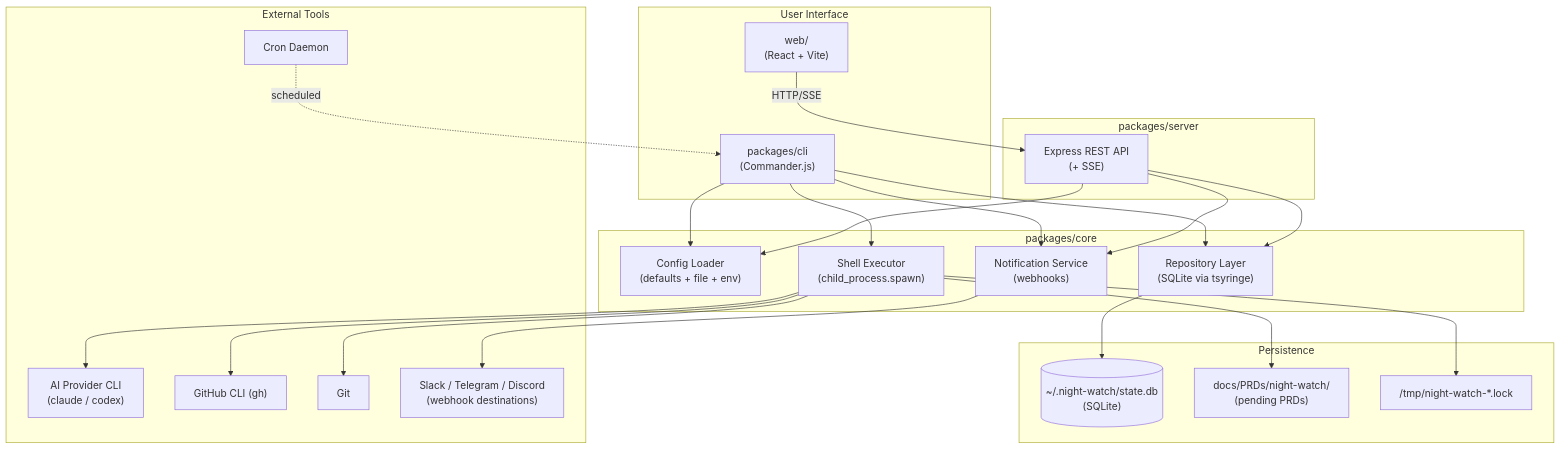
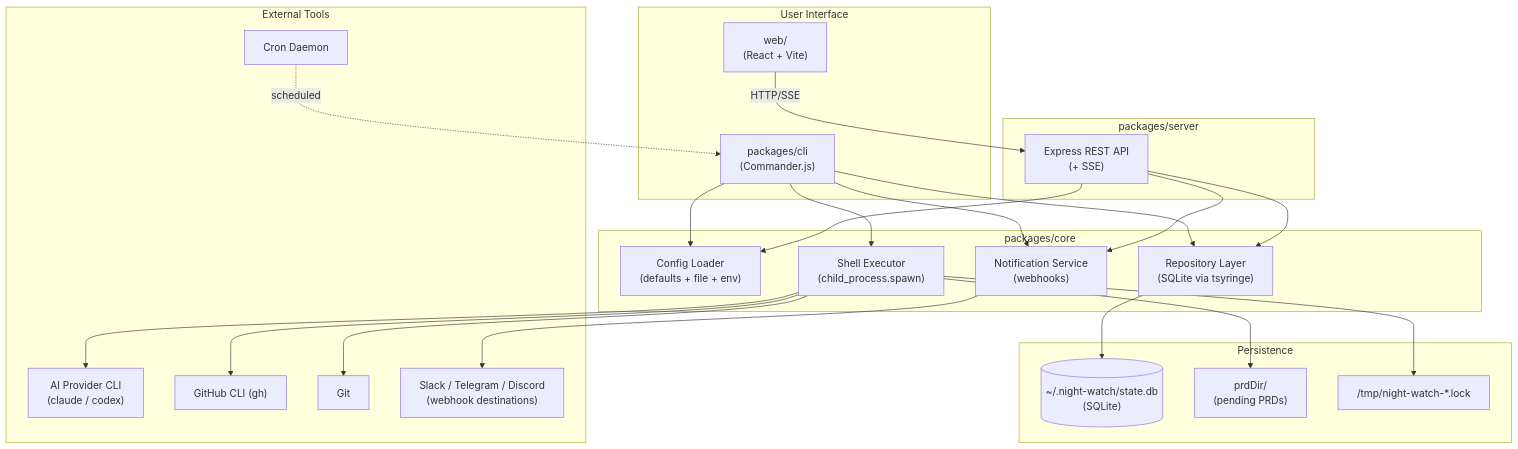
Before and after one commit to jonit-dev/night-watch-cli: the first of 9 diagrams in docs/architecture-overview.md, drawn with Mermaid. The commit also changed other lines of this file and 17 other files, not shown here.

````diff
--- a/docs/architecture-overview.md
+++ b/docs/architecture-overview.md
@@ -11,50 +11,50 @@
 ```mermaid
 graph TB
     subgraph User["User Interface"]
         CLI["packages/cli<br/>(Commander.js)"]
         WebUI["web/<br/>(React + Vite)"]
     end
 
     subgraph Core["packages/core"]
         Config["Config Loader<br/>(defaults + file + env)"]
         Shell["Shell Executor<br/>(child_process.spawn)"]
         Repos["Repository Layer<br/>(SQLite via tsyringe)"]
         Notify["Notification Utils<br/>(webhooks)"]
     end
 
     subgraph Server["packages/server"]
         API["Express REST API<br/>(+ SSE)"]
         Notify["Notification Service<br/>(webhooks)"]
     end
 
     subgraph External["External Tools"]
         Provider["AI Provider CLI<br/>(claude / codex)"]
         GH["GitHub CLI (gh)"]
         Git["Git"]
         CronDaemon["Cron Daemon"]
         WebhookDst["Slack / Telegram / Discord<br/>(webhook destinations)"]
     end
 
     subgraph Storage["Persistence"]
         DB[("~/.night-watch/state.db<br/>(SQLite)")]
-        PRDs["docs/PRDs/night-watch/<br/>(pending PRDs)"]
+        PRDs["prdDir/<br/>(pending PRDs)"]
         Lock["/tmp/night-watch-*.lock"]
     end
 
     CLI --> Config
     CLI --> Shell
     CLI --> Repos
     CLI --> Notify
     WebUI -->|HTTP/SSE| API
     API --> Config
     API --> Repos
     API --> Notify
     Shell --> Provider
     Shell --> GH
     Shell --> Git
     Notify --> WebhookDst
     Repos --> DB
     CronDaemon -.->|scheduled| CLI
     Shell --> Lock
     Shell --> PRDs
 ```
````
